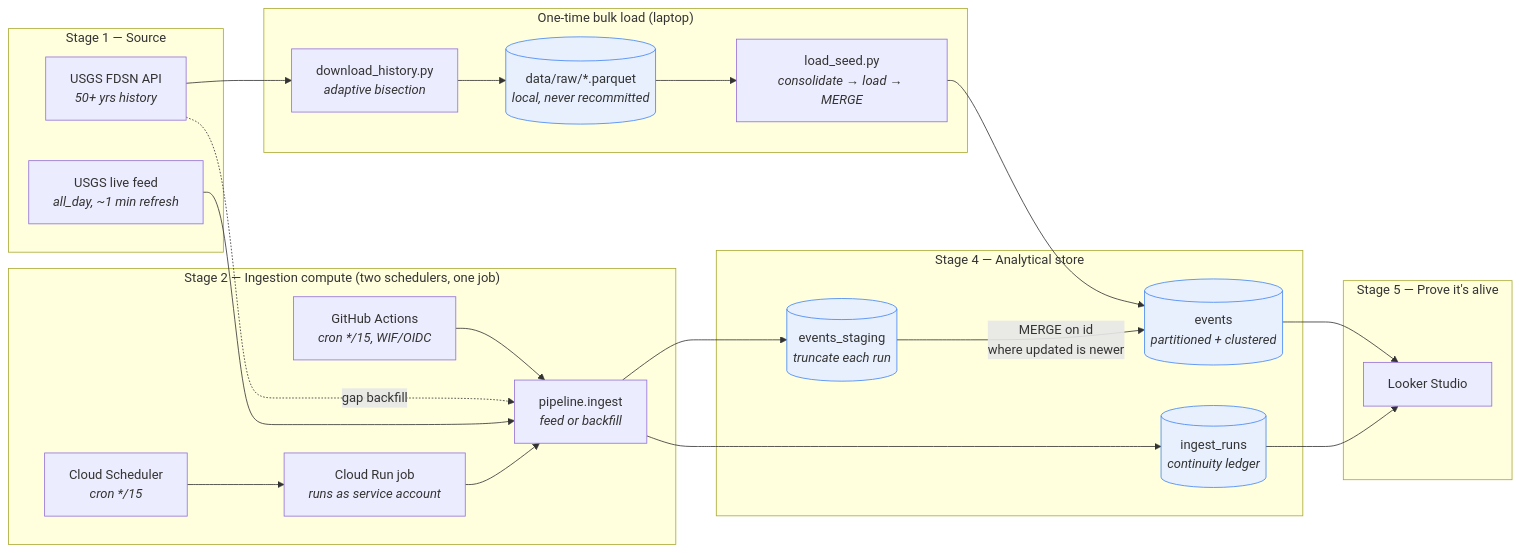
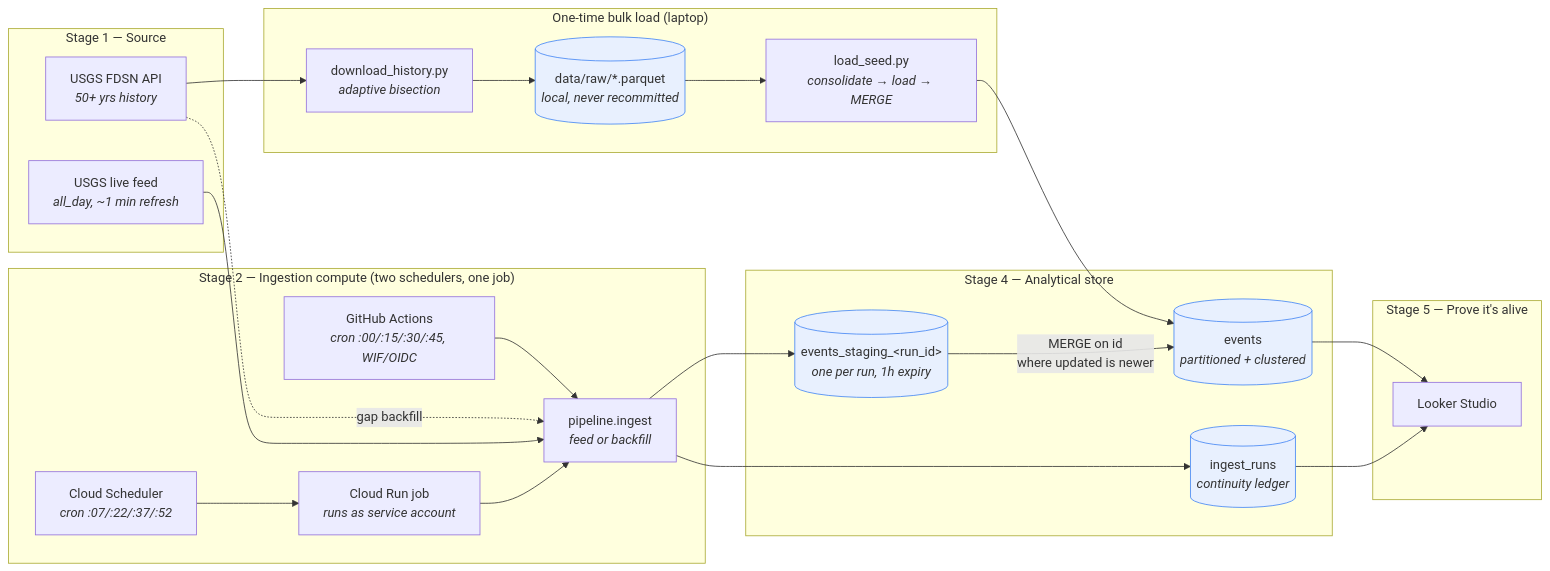
The diagram in README.md (byu-cs-452/cs452-pipeline-reference), drawn with Mermaid before and after one commit. The commit also changed other lines of this file, not shown here.

First line of the commit message:
Repoint to cs452-508317; correct the scheduler finding

````diff
--- a/README.md
+++ b/README.md
@@ -13,43 +13,43 @@
 ```mermaid
 flowchart LR
     subgraph src["Stage 1 — Source"]
         FDSN["USGS FDSN API<br/><i>50+ yrs history</i>"]
         LIVE["USGS live feed<br/><i>all_day, ~1 min refresh</i>"]
     end
 
     subgraph seed["One-time bulk load (laptop)"]
         DL["download_history.py<br/><i>adaptive bisection</i>"]
         PQ[("data/raw/*.parquet<br/><i>local, never recommitted</i>")]
         LD["load_seed.py<br/><i>consolidate → load → MERGE</i>"]
     end
 
     subgraph run["Stage 2 — Ingestion compute (two schedulers, one job)"]
-        GHA["GitHub Actions<br/><i>cron */15, WIF/OIDC</i>"]
-        SCHED["Cloud Scheduler<br/><i>cron */15</i>"]
+        GHA["GitHub Actions<br/><i>cron :00/:15/:30/:45, WIF/OIDC</i>"]
+        SCHED["Cloud Scheduler<br/><i>cron :07/:22/:37/:52</i>"]
         CR["Cloud Run job<br/><i>runs as service account</i>"]
         ING["pipeline.ingest<br/><i>feed or backfill</i>"]
     end
 
     subgraph store["Stage 4 — Analytical store"]
-        STG[("events_staging<br/><i>truncate each run</i>")]
+        STG[("events_staging_&lt;run_id&gt;<br/><i>one per run, 1h expiry</i>")]
         EV[("events<br/><i>partitioned + clustered</i>")]
         RUNS[("ingest_runs<br/><i>continuity ledger</i>")]
     end
 
     subgraph show["Stage 5 — Prove it's alive"]
         LS["Looker Studio"]
     end
 
     FDSN --> DL --> PQ --> LD --> EV
     LIVE --> ING
     FDSN -.->|gap backfill| ING
     GHA --> ING
     SCHED --> CR --> ING
     ING --> STG -->|MERGE on id<br/>where updated is newer| EV
     ING --> RUNS
     EV --> LS
     RUNS --> LS
 
     classDef store fill:#e8f0fe,stroke:#4285f4
     class STG,EV,RUNS,PQ store
 ```
````
